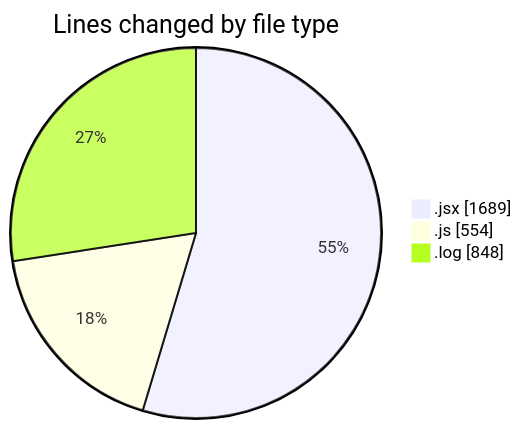
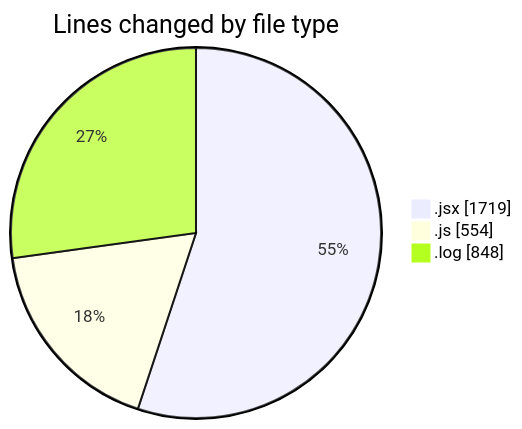
The first of 2 diagrams in 2025-12-14/nxtqube_webapp/README.md (nxtqubesakshisongat/code-tracking), drawn with Mermaid before and after one commit. The commit also changed other lines of this file and 1 other file, not shown here.

````diff
--- a/2025-12-14/nxtqube_webapp/README.md
+++ b/2025-12-14/nxtqube_webapp/README.md
@@ -31,7 +31,7 @@
 ```mermaid
 pie showData
 title Lines changed by file type
-".jsx" : 1689
+".jsx" : 1719
 ".js" : 554
 ".log" : 848
 ```
````
